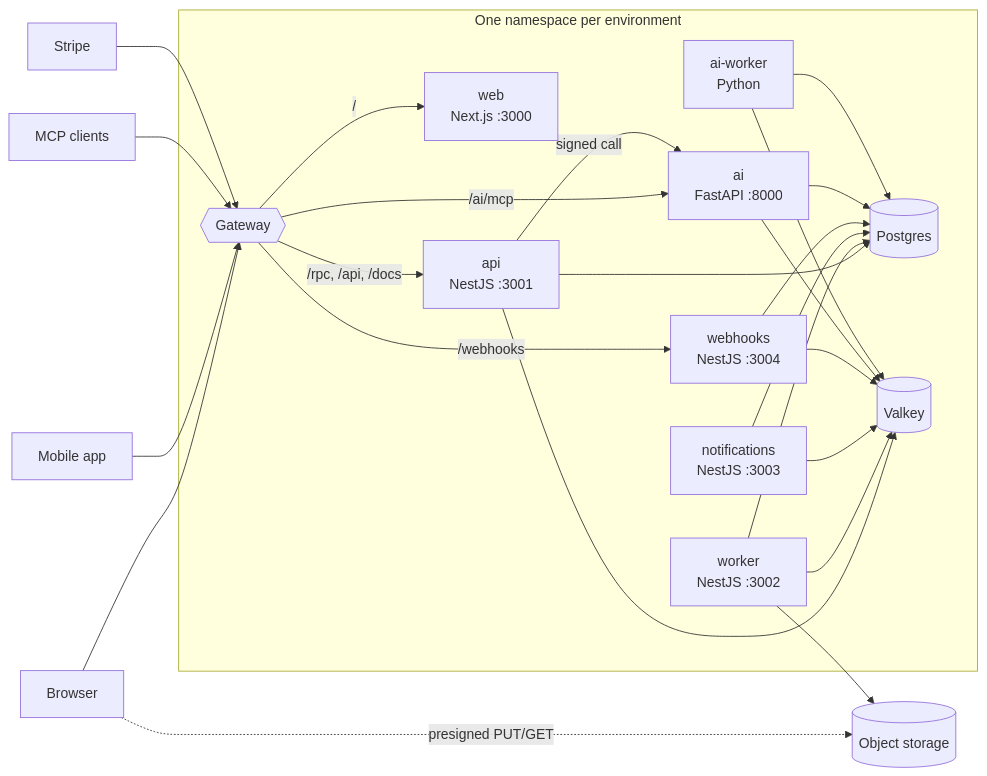
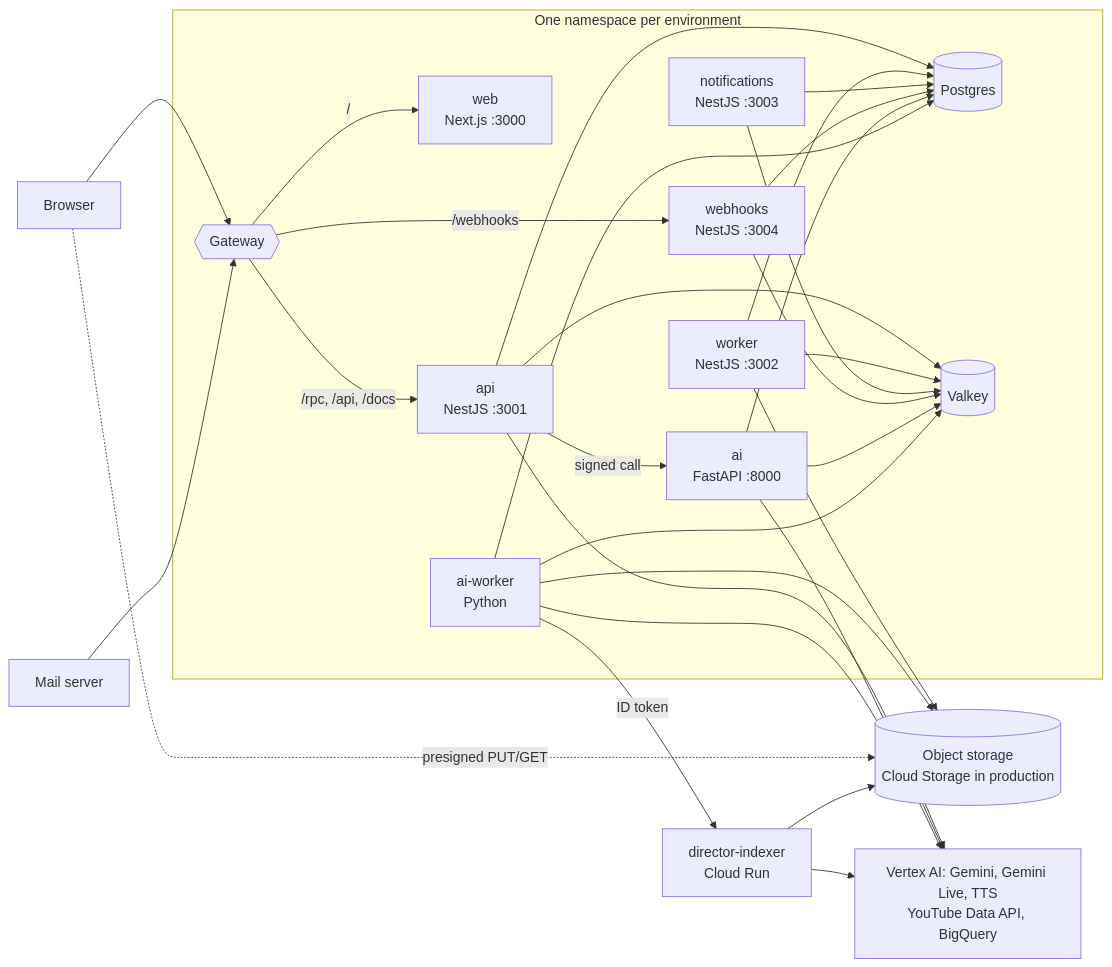
Before and after one commit to ManasMadan/director-editor: the diagram in docs/architecture.md, drawn with Mermaid. The commit also changed other lines of this file and 1137 other files, not shown here.

````diff
--- a/docs/architecture.md
+++ b/docs/architecture.md
@@ -5,32 +5,33 @@
 ```mermaid
 flowchart LR
   browser[Browser] --> gw
-  mobile[Mobile app] --> gw
-  mcpc[MCP clients] --> gw
-  stripe[Stripe] --> gw
+  mail[Mail server] --> gw
 
   subgraph cluster[One namespace per environment]
     gw{{Gateway}}
     web[web<br/>Next.js :3000]
     api[api<br/>NestJS :3001]
     webhooks[webhooks<br/>NestJS :3004]
     ai[ai<br/>FastAPI :8000]
     worker[worker<br/>NestJS :3002]
     notifications[notifications<br/>NestJS :3003]
     aiworker[ai-worker<br/>Python]
     pg[(Postgres)]
     valkey[(Valkey)]
   end
 
-  s3[(Object storage)]
+  s3[(Object storage<br/>Cloud Storage in production)]
+  indexer[director-indexer<br/>Cloud Run]
+  google["Vertex AI: Gemini, Gemini Live, TTS<br/>YouTube Data API, BigQuery"]
 
   gw -- "/" --> web
   gw -- "/rpc, /api, /docs" --> api
   gw -- "/webhooks" --> webhooks
-  gw -- "/ai/mcp" --> ai
   api -- "signed call" --> ai
   api & worker & notifications & webhooks & ai & aiworker --> pg
   api & worker & notifications & webhooks & ai & aiworker --> valkey
   browser -. "presigned PUT/GET" .-> s3
-  worker --> s3
+  worker & aiworker & indexer --> s3
+  aiworker -- "ID token" --> indexer
+  api & ai & aiworker & indexer --> google
 ```
````
